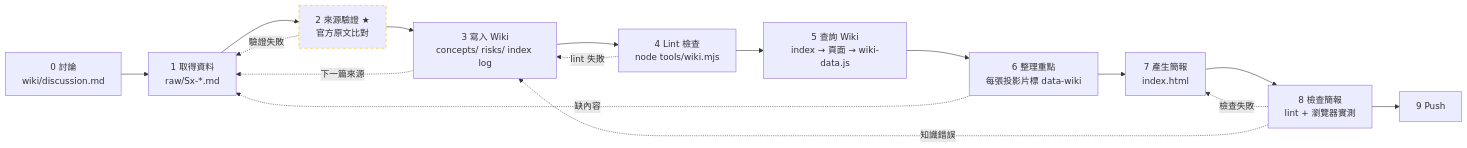
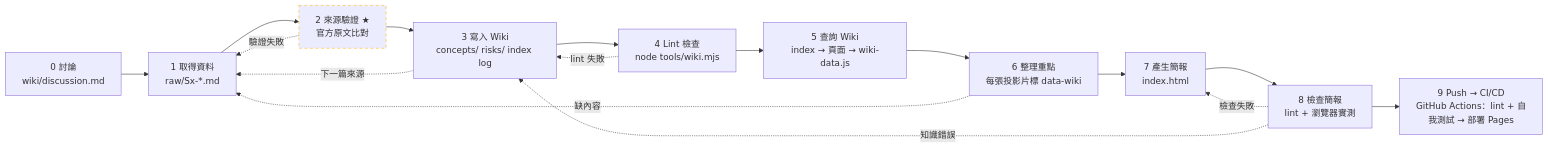
The diagram in docs/workflow.md (ray910408/1110homework), drawn with Mermaid before and after one commit. The commit also changed 5 other files, not shown here.

Commit message:
Add CI/CD: lint + self-test on push/PR, deploy to GitHub Pages

````diff
--- a/docs/workflow.md
+++ b/docs/workflow.md
@@ -7,21 +7,21 @@
 ```mermaid
 flowchart LR
     D[0 討論<br>wiki/discussion.md] --> I[1 取得資料<br>raw/Sx-*.md]
     I --> V[2 來源驗證 ★<br>官方原文比對]
     V --> W[3 寫入 Wiki<br>concepts/ risks/ index log]
     W --> L[4 Lint 檢查<br>node tools/wiki.mjs]
     L --> Q[5 查詢 Wiki<br>index → 頁面 → wiki-data.js]
     Q --> O[6 整理重點<br>每張投影片標 data-wiki]
     O --> G[7 產生簡報<br>index.html]
     G --> C[8 檢查簡報<br>lint + 瀏覽器實測]
-    C --> P[9 Push]
+    C --> P[9 Push → CI/CD<br>GitHub Actions：lint + 自我測試 → 部署 Pages]
 
     V -. 驗證失敗 .-> I
     W -. 下一篇來源 .-> I
     L -. lint 失敗 .-> W
     O -. 缺內容 .-> I
     C -. 檢查失敗 .-> G
     C -. 知識錯誤 .-> W
 
     style V stroke-dasharray: 5 5,stroke:#ffb703
 ```
````
